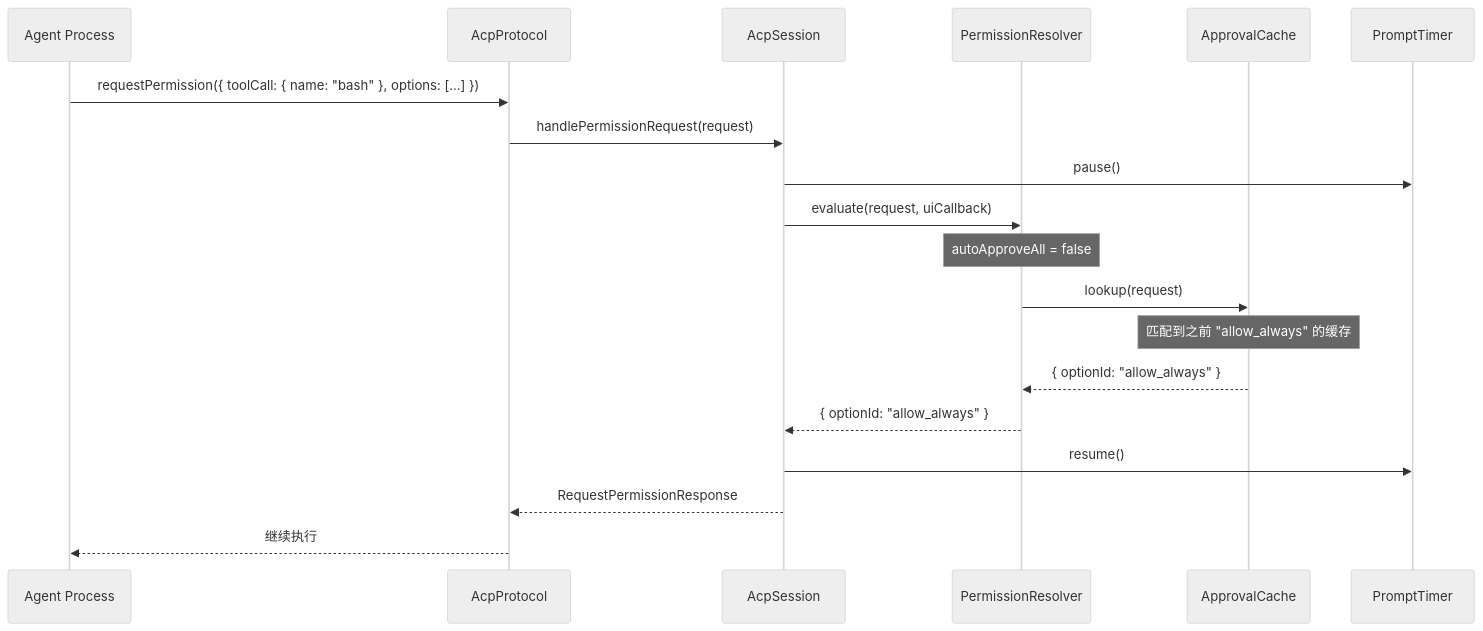
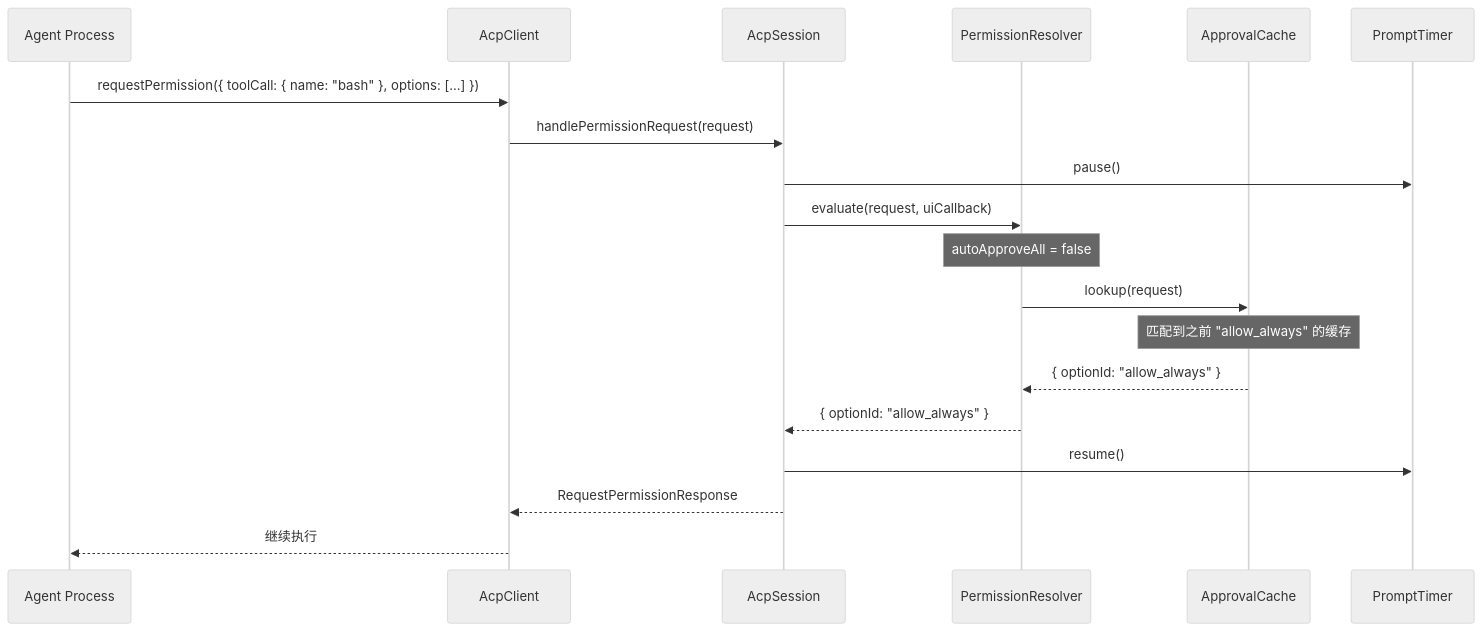
Before and after one commit to iOfficeAI/AionUi: the fourth of 12 diagrams in docs/feature/acp-rewrite/06-scenario-walkthrough.md, drawn with Mermaid (neutral theme). The commit also changed other lines of this file and 22 other files, not shown here.

First line of the commit message:
refactor(acp): replace Connector+Protocol with AcpClient single-owner pattern

````diff
--- a/docs/feature/acp-rewrite/06-scenario-walkthrough.md
+++ b/docs/feature/acp-rewrite/06-scenario-walkthrough.md
@@ -358,22 +352,22 @@
 ```mermaid
 sequenceDiagram
     participant A as Agent Process
-    participant P as AcpProtocol
+    participant CL as AcpClient
     participant S as AcpSession
     participant PP as PermissionResolver
     participant AC as ApprovalCache
     participant PT as PromptTimer
 
-    A->>P: requestPermission({ toolCall: { name: "bash" }, options: [...] })
-    P->>S: handlePermissionRequest(request)
+    A->>CL: requestPermission({ toolCall: { name: "bash" }, options: [...] })
+    CL->>S: handlePermissionRequest(request)
     S->>PT: pause()
     S->>PP: evaluate(request, uiCallback)
     Note over PP: autoApproveAll = false
     PP->>AC: lookup(request)
     Note over AC: 匹配到之前 "allow_always" 的缓存
     AC-->>PP: { optionId: "allow_always" }
     PP-->>S: { optionId: "allow_always" }
     S->>PT: resume()
-    S-->>P: RequestPermissionResponse
-    P-->>A: 继续执行
+    S-->>CL: RequestPermissionResponse
+    CL-->>A: 继续执行
 ```
````
